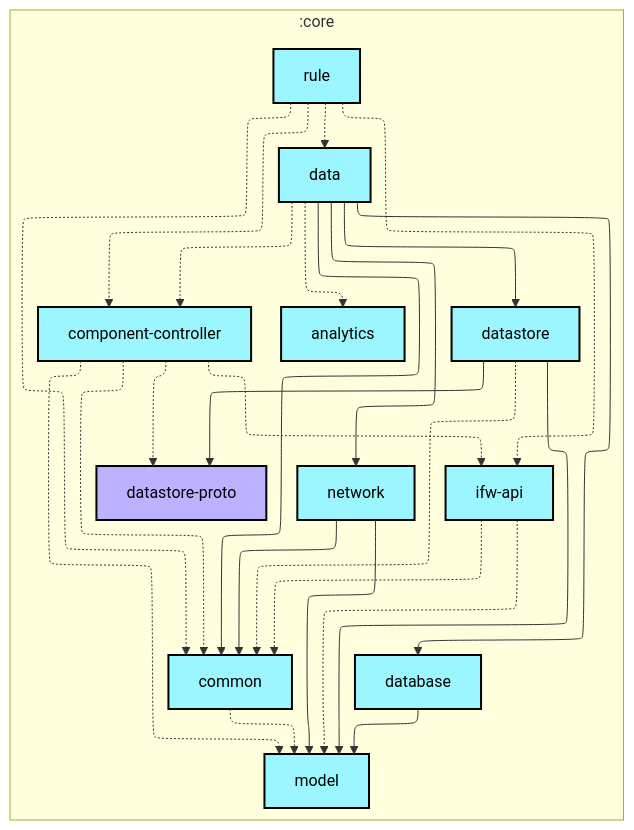
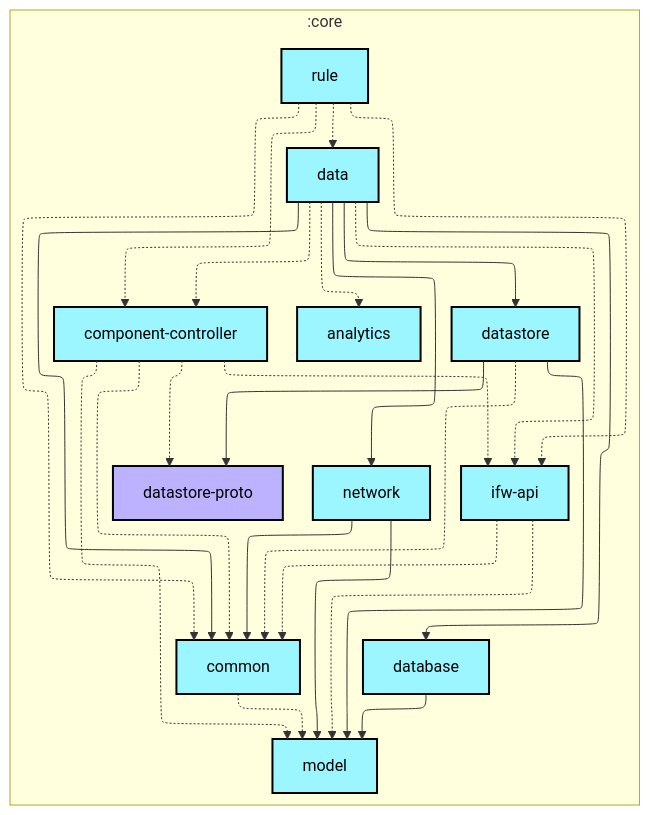
One commit to lihenggui/blocker changed the first of 2 diagrams in core/rule/README.md. Above: the diagram before and after it, drawn with Mermaid. The commit also changed 75 other files, not shown here.

````diff
--- a/core/rule/README.md
+++ b/core/rule/README.md
@@ -6,54 +6,55 @@
 ```mermaid
 ---
 config:
   layout: elk
   elk:
     nodePlacementStrategy: SIMPLE
 ---
 graph TB
   subgraph :core
     direction TB
     :core:analytics[analytics]:::android-library
     :core:common[common]:::android-library
     :core:component-controller[component-controller]:::android-library
     :core:data[data]:::android-library
     :core:database[database]:::android-library
     :core:datastore[datastore]:::android-library
     :core:datastore-proto[datastore-proto]:::jvm-library
     :core:ifw-api[ifw-api]:::android-library
     :core:model[model]:::android-library
     :core:network[network]:::android-library
     :core:rule[rule]:::android-library
   end
 
   :core:common -.-> :core:model
   :core:component-controller -.-> :core:common
   :core:component-controller -.-> :core:datastore-proto
   :core:component-controller -.-> :core:ifw-api
   :core:component-controller -.-> :core:model
   :core:data -.-> :core:analytics
   :core:data --> :core:common
   :core:data -.-> :core:component-controller
   :core:data --> :core:database
   :core:data --> :core:datastore
+  :core:data -.-> :core:ifw-api
   :core:data --> :core:network
   :core:database --> :core:model
   :core:datastore -.-> :core:common
   :core:datastore --> :core:datastore-proto
   :core:datastore --> :core:model
   :core:ifw-api -.-> :core:common
   :core:ifw-api -.-> :core:model
   :core:network --> :core:common
   :core:network --> :core:model
   :core:rule -.-> :core:common
   :core:rule -.-> :core:component-controller
   :core:rule -.-> :core:data
   :core:rule -.-> :core:ifw-api
 
 classDef android-application fill:#CAFFBF,stroke:#000,stroke-width:2px,color:#000;
 classDef android-feature fill:#FFD6A5,stroke:#000,stroke-width:2px,color:#000;
 classDef android-library fill:#9BF6FF,stroke:#000,stroke-width:2px,color:#000;
 classDef android-test fill:#A0C4FF,stroke:#000,stroke-width:2px,color:#000;
 classDef jvm-library fill:#BDB2FF,stroke:#000,stroke-width:2px,color:#000;
 classDef unknown fill:#FFADAD,stroke:#000,stroke-width:2px,color:#000;
 ```
````
